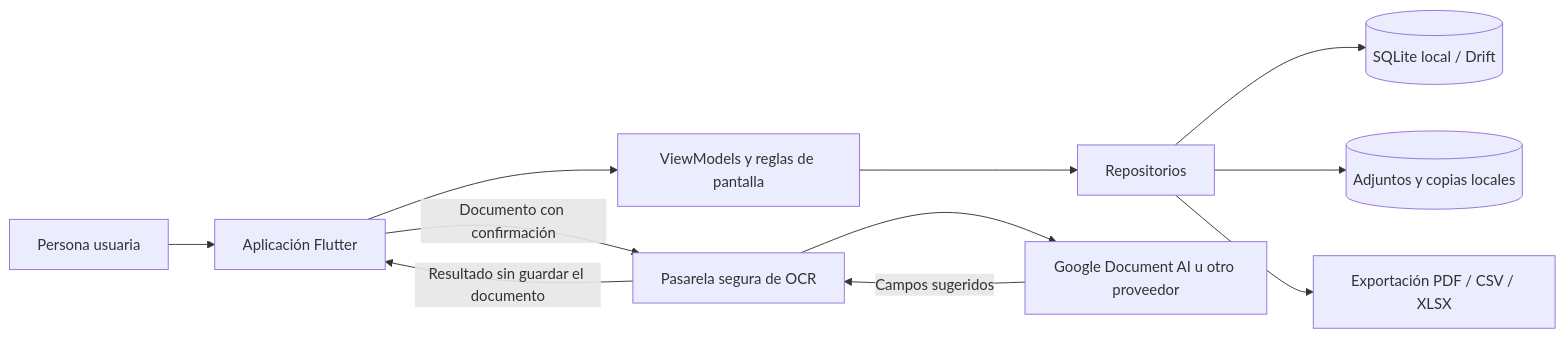
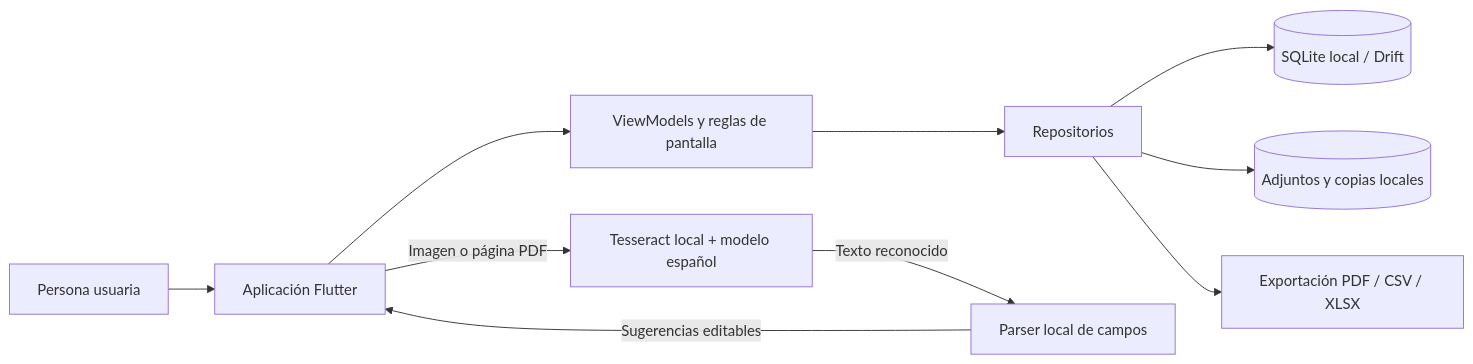
The diagram in docs/arquitectura-tecnica-v0.1.md (JesusmanR/SGCG), drawn with Mermaid before and after one commit. The commit also changed other lines of this file and 17 other files, not shown here.

Commit message:
feat: ejecutar OCR local en Windows

````diff
--- a/docs/arquitectura-tecnica-v0.1.md
+++ b/docs/arquitectura-tecnica-v0.1.md
@@ -23,13 +23,12 @@
 ```mermaid
 flowchart LR
     U[Persona usuaria] --> UI[Aplicación Flutter]
     UI --> VM[ViewModels y reglas de pantalla]
     VM --> R[Repositorios]
     R --> DB[(SQLite local / Drift)]
     R --> FS[(Adjuntos y copias locales)]
     R --> EX[Exportación PDF / CSV / XLSX]
-    UI -->|Documento con confirmación| GW[Pasarela segura de OCR]
-    GW --> OCR[Google Document AI u otro proveedor]
-    OCR -->|Campos sugeridos| GW
-    GW -->|Resultado sin guardar el documento| UI
+    UI -->|Imagen o página PDF| OCR[Tesseract local + modelo español]
+    OCR -->|Texto reconocido| PARSER[Parser local de campos]
+    PARSER -->|Sugerencias editables| UI
 ```
````
